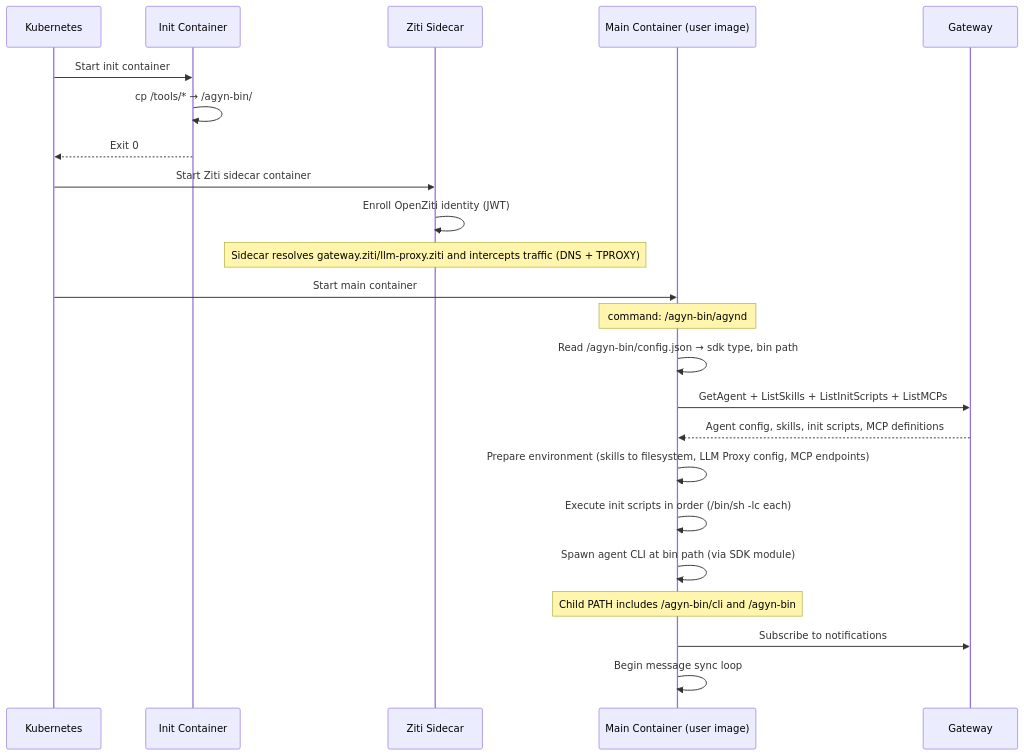
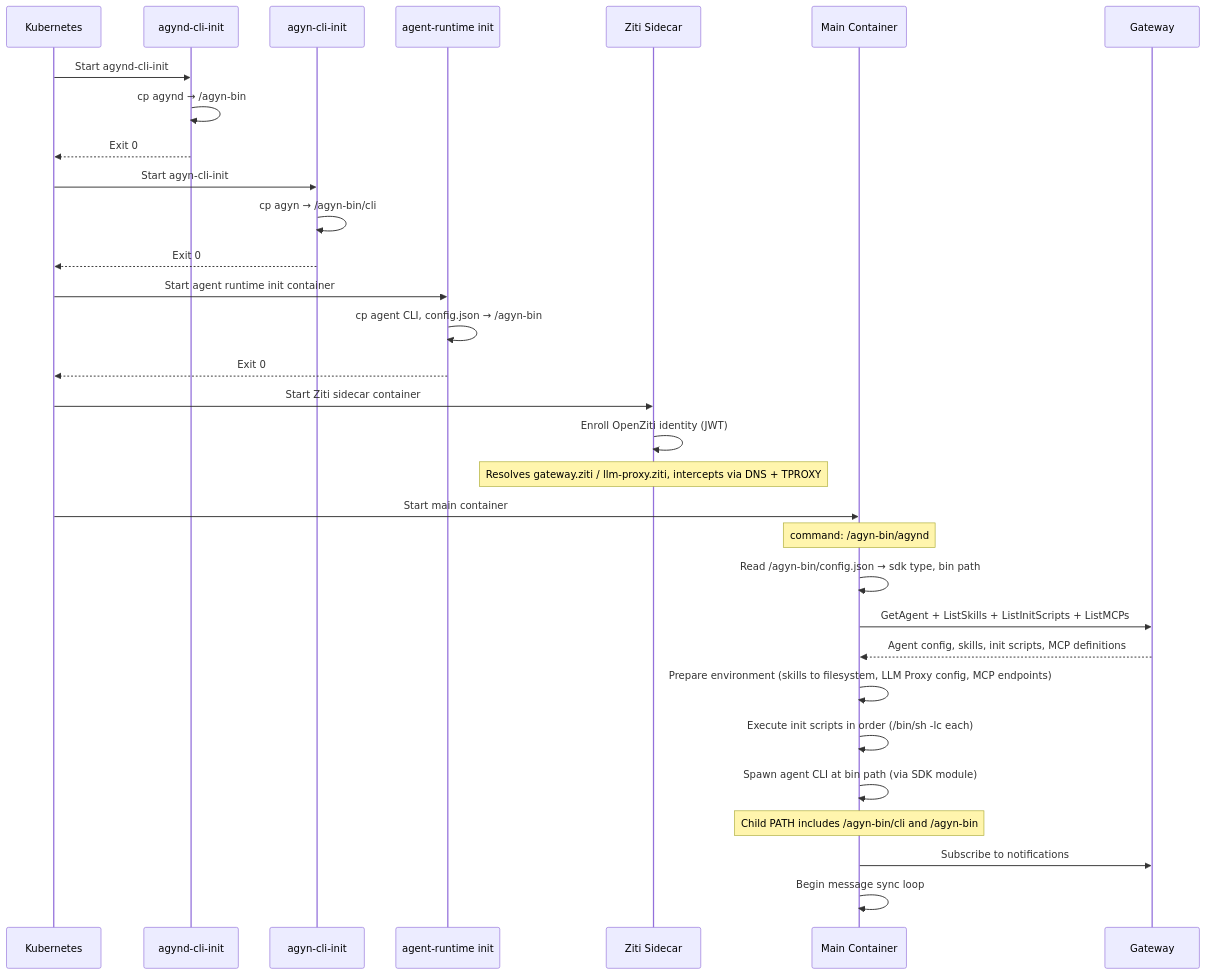
One commit to agynio/architecture changed the second of 2 diagrams in architecture/agent-init.md. Above: the diagram before and after it, drawn with Mermaid. The commit also changed other lines of this file and 37 other files, not shown here.

Commit message:
Add image-catalog, image-pull-proxy, self-registration, runtime changes

````diff
--- a/architecture/agent-init.md
+++ b/architecture/agent-init.md
@@ -211,29 +142,39 @@
 ```mermaid
 sequenceDiagram
     participant K as Kubernetes
-    participant IC as Init Container
+    participant AD as agynd-cli-init
+    participant AC as agyn-cli-init
+    participant AR as agent-runtime init
     participant ZS as Ziti Sidecar
-    participant MC as Main Container (user image)
+    participant MC as Main Container
     participant GW as Gateway
 
-    K->>IC: Start init container
-    IC->>IC: cp /tools/* → /agyn-bin/
-    IC-->>K: Exit 0
+    K->>AD: Start agynd-cli-init
+    AD->>AD: cp agynd → /agyn-bin
+    AD-->>K: Exit 0
+
+    K->>AC: Start agyn-cli-init
+    AC->>AC: cp agyn → /agyn-bin/cli
+    AC-->>K: Exit 0
+
+    K->>AR: Start agent runtime init container
+    AR->>AR: cp agent CLI, config.json → /agyn-bin
+    AR-->>K: Exit 0
 
     K->>ZS: Start Ziti sidecar container
     ZS->>ZS: Enroll OpenZiti identity (JWT)
-    Note over ZS: Sidecar resolves gateway.ziti/llm-proxy.ziti and intercepts traffic (DNS + TPROXY)
+    Note over ZS: Resolves gateway.ziti / llm-proxy.ziti, intercepts via DNS + TPROXY
 
     K->>MC: Start main container
     Note over MC: command: /agyn-bin/agynd
 
     MC->>MC: Read /agyn-bin/config.json → sdk type, bin path
     MC->>GW: GetAgent + ListSkills + ListInitScripts + ListMCPs
     GW-->>MC: Agent config, skills, init scripts, MCP definitions
     MC->>MC: Prepare environment (skills to filesystem, LLM Proxy config, MCP endpoints)
     MC->>MC: Execute init scripts in order (/bin/sh -lc each)
     MC->>MC: Spawn agent CLI at bin path (via SDK module)
     Note over MC: Child PATH includes /agyn-bin/cli and /agyn-bin
     MC->>GW: Subscribe to notifications
     MC->>MC: Begin message sync loop
 ```
````
